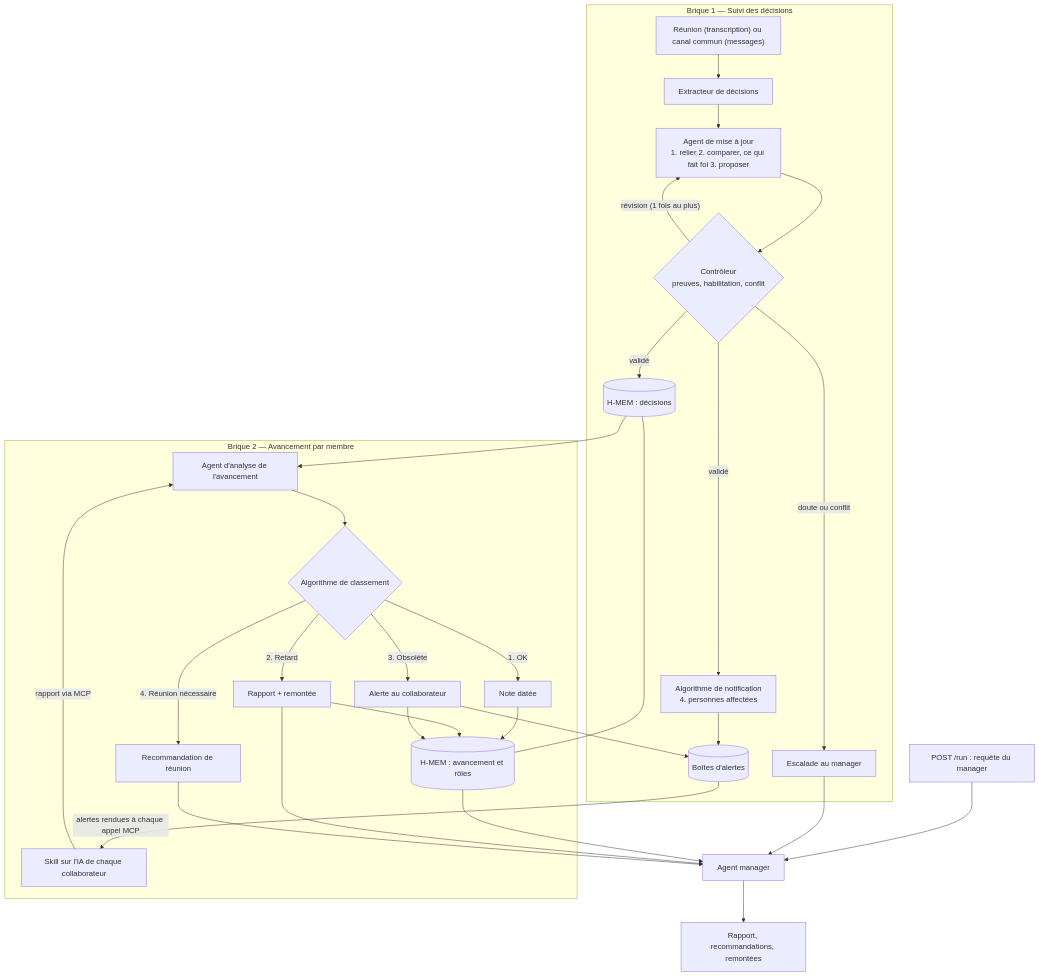
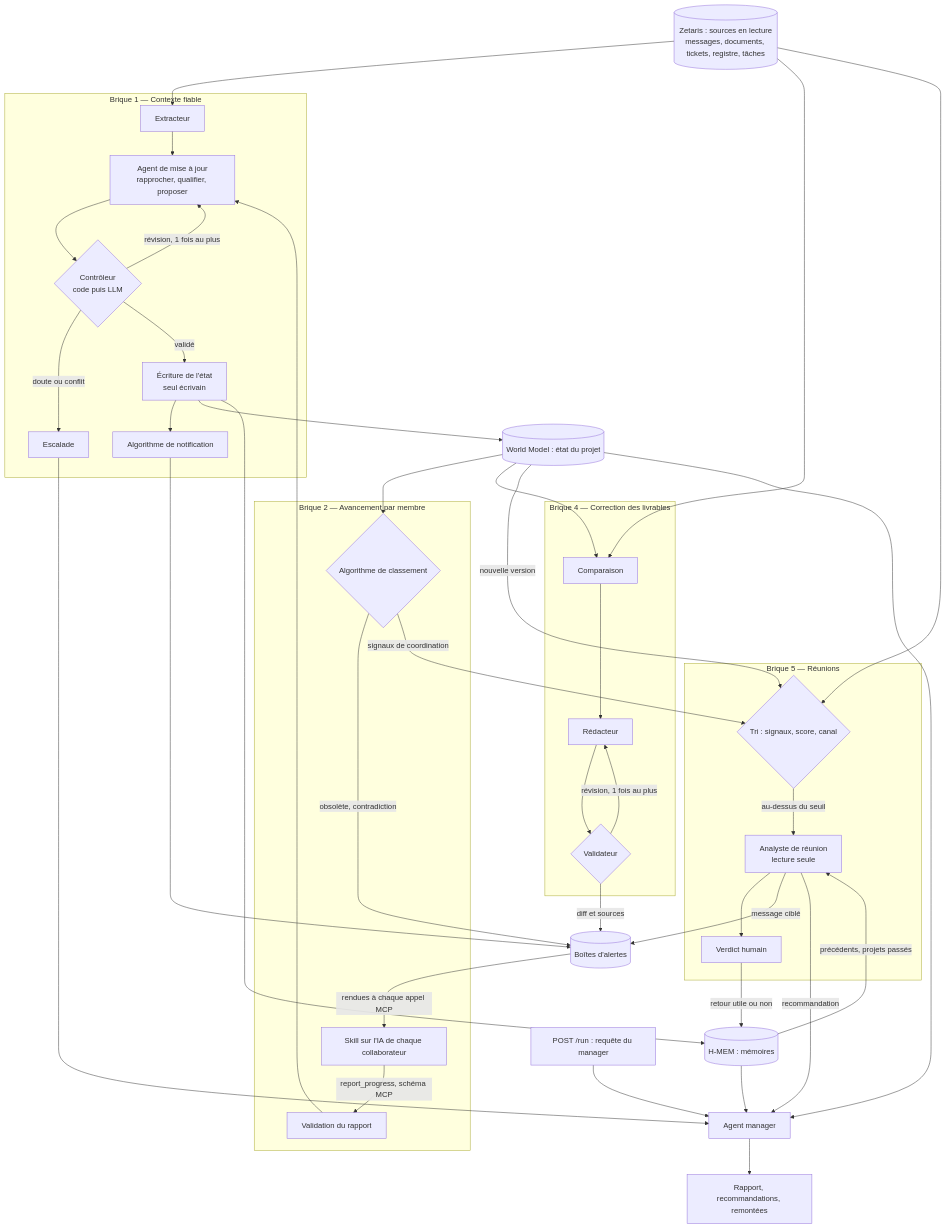
One commit to abouchet109-del/Hackathon-GenAI-public changed the diagram in docs/architecture.md. Above: the diagram before and after it, drawn with Mermaid. The commit also changed other lines of this file and 2 other files, not shown here.

First line of the commit message:
Integrate the second architecture review: bricks 4 and 5, memory layers

````diff
--- a/docs/architecture.md
+++ b/docs/architecture.md
@@ -66,34 +128,48 @@
 ```mermaid
 flowchart TD
-  subgraph B1["Brique 1 — Suivi des décisions"]
-    SRC["Réunion (transcription) ou canal commun (messages)"] --> EX["Extracteur de décisions"]
-    EX --> MAJ["Agent de mise à jour<br/>1. relier 2. comparer, ce qui fait foi 3. proposer"]
-    MAJ --> CTL{"Contrôleur<br/>preuves, habilitation, conflit"}
-    CTL -->|"révision (1 fois au plus)"| MAJ
-    CTL -->|"validé"| HM1[("H-MEM : décisions")]
-    CTL -->|"validé"| NOTIF["Algorithme de notification<br/>4. personnes affectées"]
-    CTL -->|"doute ou conflit"| ESC["Escalade au manager"]
-    NOTIF --> BOX[("Boîtes d'alertes")]
+  ZET[("Zetaris : sources en lecture<br/>messages, documents, tickets, registre, tâches")]
+  subgraph B1["Brique 1 — Contexte fiable"]
+    EX["Extracteur"] --> MAJ["Agent de mise à jour<br/>rapprocher, qualifier, proposer"]
+    MAJ --> CTL{"Contrôleur<br/>code puis LLM"}
+    CTL -->|"révision, 1 fois au plus"| MAJ
+    CTL -->|"doute ou conflit"| ESC["Escalade"]
+    CTL -->|"validé"| WR["Écriture de l'état<br/>seul écrivain"]
+    WR --> NOTIF["Algorithme de notification"]
   end
   subgraph B2["Brique 2 — Avancement par membre"]
-    SK["Skill sur l'IA de chaque collaborateur"] -->|"rapport via MCP"| AN["Agent d'analyse de l'avancement"]
-    BOX -->|"alertes rendues à chaque appel MCP"| SK
-    AN --> CL{"Algorithme de classement"}
-    CL -->|"1. OK"| N1["Note datée"]
-    CL -->|"2. Retard"| N2["Rapport + remontée"]
-    CL -->|"3. Obsolète"| N3["Alerte au collaborateur"]
-    CL -->|"4. Réunion nécessaire"| N4["Recommandation de réunion"]
-    N1 --> HM2[("H-MEM : avancement et rôles")]
-    N2 --> HM2
-    N3 --> BOX
-    N3 --> HM2
+    SK["Skill sur l'IA de chaque collaborateur"] -->|"report_progress, schéma MCP"| RP["Validation du rapport"]
+    CL{"Algorithme de classement"}
   end
-  HM1 --> AN
-  HM1 --- HM2
+  subgraph B4["Brique 4 — Correction des livrables"]
+    CMP["Comparaison"] --> RED["Rédacteur"]
+    RED --> VAL{"Validateur"}
+    VAL -->|"révision, 1 fois au plus"| RED
+  end
+  subgraph B5["Brique 5 — Réunions"]
+    TRI{"Tri : signaux, score, canal"} -->|"au-dessus du seuil"| AR["Analyste de réunion<br/>lecture seule"]
+    AR --> VERD["Verdict humain"]
+  end
+  ZET --> EX
+  ZET --> CMP
+  ZET --> TRI
+  RP --> MAJ
+  WR --> WM[("World Model : état du projet")]
+  WR --> HM[("H-MEM : mémoires")]
+  NOTIF --> BOX[("Boîtes d'alertes")]
+  BOX -->|"rendues à chaque appel MCP"| SK
+  WM --> CL
+  WM --> CMP
+  CL -->|"obsolète, contradiction"| BOX
+  CL -->|"signaux de coordination"| TRI
+  WM -->|"nouvelle version"| TRI
+  HM -->|"précédents, projets passés"| AR
+  VAL -->|"diff et sources"| BOX
+  AR -->|"message ciblé"| BOX
+  VERD -->|"retour utile ou non"| HM
   RUN["POST /run : requête du manager"] --> MGR["Agent manager"]
-  HM2 --> MGR
-  N2 --> MGR
-  N4 --> MGR
+  WM --> MGR
+  HM --> MGR
   ESC --> MGR
+  AR -->|"recommandation"| MGR
   MGR --> OUT["Rapport, recommandations, remontées"]
 ```
````
